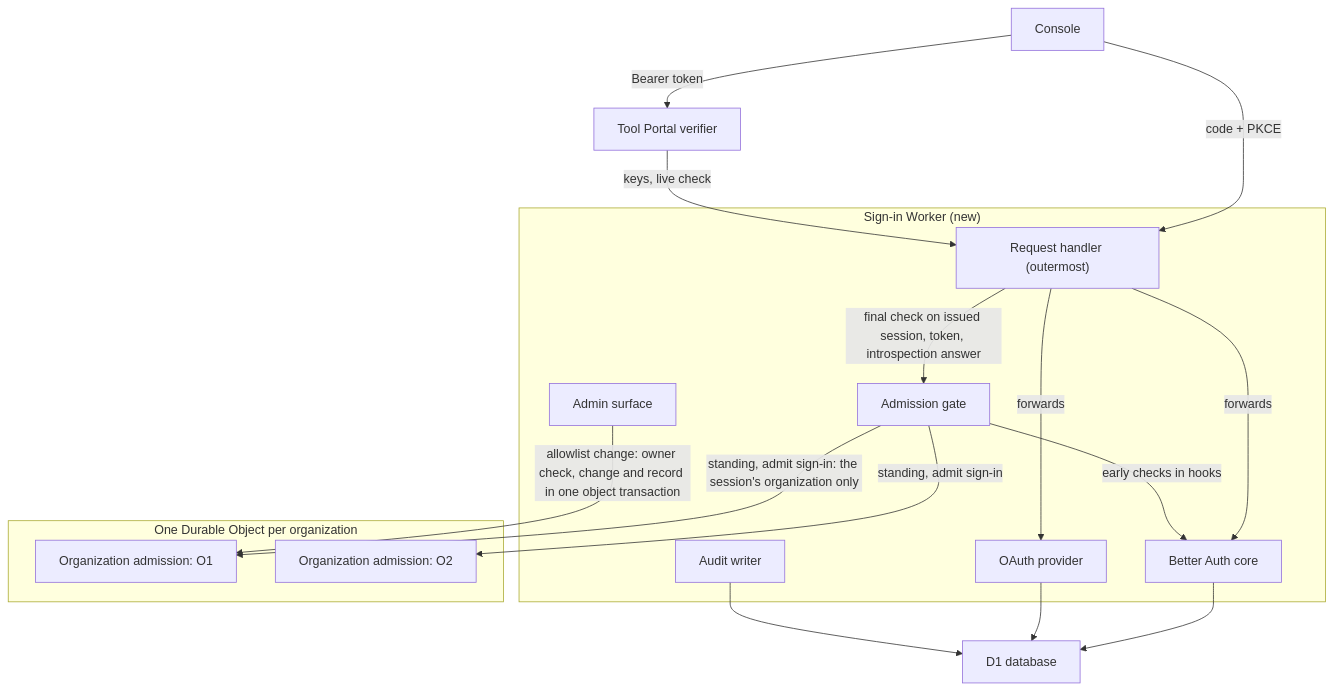
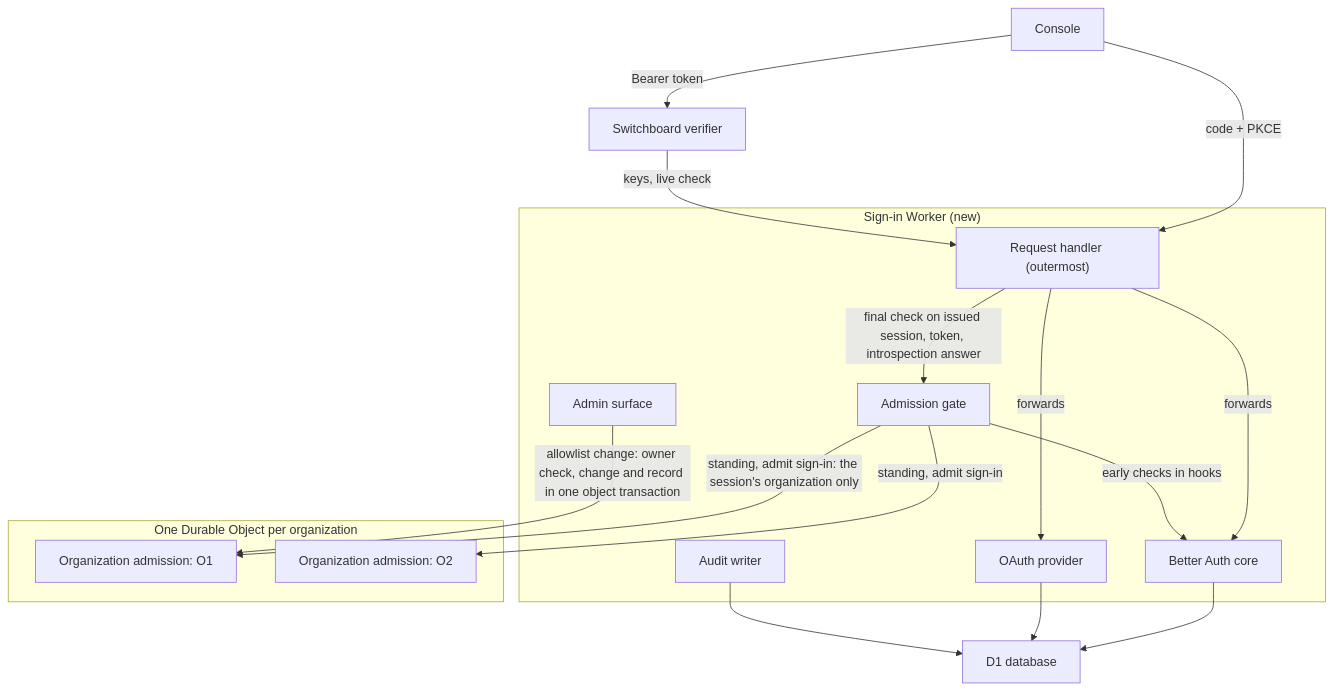
One commit to ShravanSunder/agent-vm changed the first of 5 diagrams in docs/specs/2026-10-20-people-sign-in/program-design.md. Above: the diagram before and after it, drawn with Mermaid. The commit also changed other lines of this file and 61 other files, not shown here.

Commit message:
OD12 decided (owner, 2026-10-28): the Tool Portal is named Switchboard across the current design sets and pages; code spans, quotes and older documents unchanged; renamed heading anchors and an old remediation link repaired

````diff
--- a/docs/specs/2026-10-20-people-sign-in/program-design.md
+++ b/docs/specs/2026-10-20-people-sign-in/program-design.md
@@ -60,31 +60,31 @@
 ```mermaid
 flowchart TB
   CON["Console"]
-  TPV["Tool Portal verifier"]
+  TPV["Switchboard verifier"]
   subgraph W["Sign-in Worker (new)"]
     RH["Request handler (outermost)"]
     AL["Admission gate"]
     BA["Better Auth core"]
     OP["OAuth provider"]
     AD["Admin surface"]
     AU["Audit writer"]
   end
   subgraph ORGS["One Durable Object per organization"]
     OA1["Organization admission: O1"]
     OA2["Organization admission: O2"]
   end
   DB["D1 database"]
   CON -->|code + PKCE| RH
   CON -->|Bearer token| TPV
   TPV -->|keys, live check| RH
   RH -->|forwards| BA
   RH -->|forwards| OP
   RH -->|final check on issued session, token, introspection answer| AL
   AL -->|early checks in hooks| BA
   AL -->|standing, admit sign-in: the session's organization only| OA1
   AL -->|standing, admit sign-in| OA2
   AD -->|allowlist change: owner check, change and record in one object transaction| OA1
   BA --> DB
   OP --> DB
   AU --> DB
 ```
````
